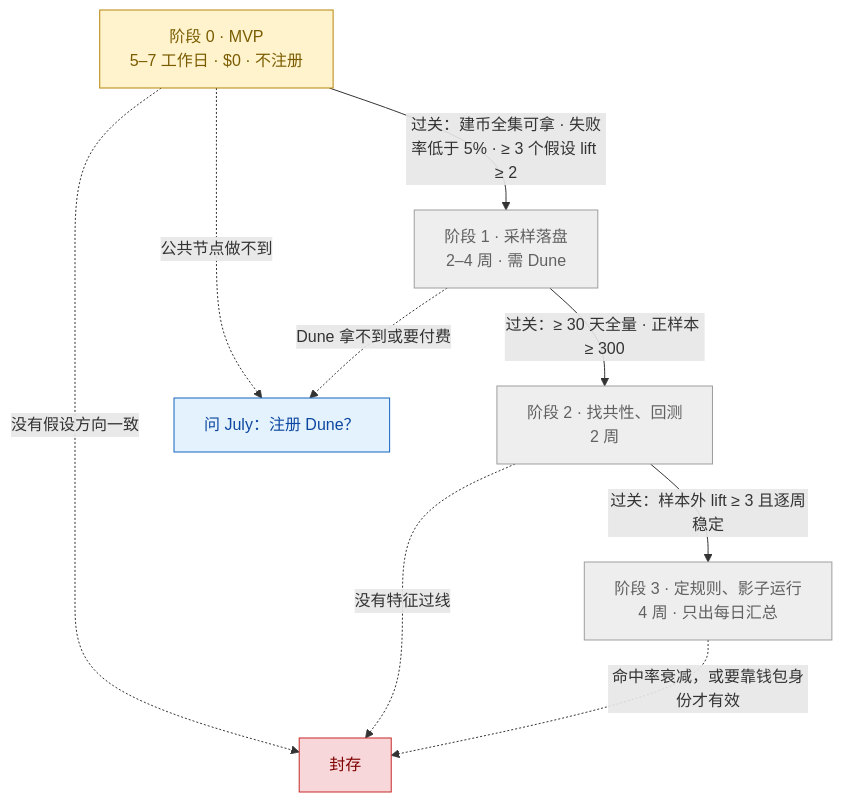
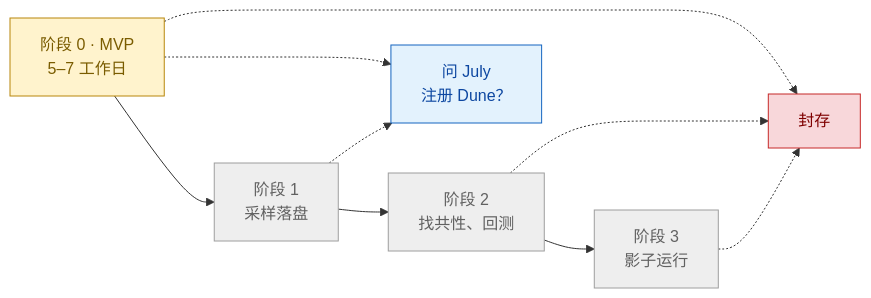
Before and after one commit to JulyWA/lp-monitor-3.0-snapshot: the first of 4 diagrams in docs/meme/TASK-meme-token-watch-stage0-draft.md, drawn with Mermaid. The commit also changed other lines of this file, not shown here.

First line of the commit message:
docs(meme)：图解改紧凑，避免 GitHub 上被折行和裁切

````diff
--- a/docs/meme/TASK-meme-token-watch-stage0-draft.md
+++ b/docs/meme/TASK-meme-token-watch-stage0-draft.md
@@ -24,21 +24,13 @@
 ```mermaid
-flowchart TB
-  S0["阶段 0 · MVP<br/>5–7 工作日 · $0 · 不注册"]:::doing
-  S1["阶段 1 · 采样落盘<br/>2–4 周 · 需 Dune"]:::todo
-  S2["阶段 2 · 找共性、回测<br/>2 周"]:::todo
-  S3["阶段 3 · 定规则、影子运行<br/>4 周 · 只出每日汇总"]:::todo
-  X["封存"]:::stop
-  Q["问 July：注册 Dune？"]:::ask
-  S0 -->|"过关：建币全集可拿 · 失败率低于 5% · ≥ 3 个假设 lift ≥ 2"| S1
-  S0 -.->|"公共节点做不到"| Q
-  S0 -.->|"没有假设方向一致"| X
-  S1 -->|"过关：≥ 30 天全量 · 正样本 ≥ 300"| S2
-  S1 -.->|"Dune 拿不到或要付费"| Q
-  S2 -->|"过关：样本外 lift ≥ 3 且逐周稳定"| S3
-  S2 -.->|"没有特征过线"| X
-  S3 -.->|"命中率衰减，或要靠钱包身份才有效"| X
+flowchart LR
+  S0["阶段 0 · MVP<br/>5–7 工作日"]:::doing --> S1["阶段 1<br/>采样落盘"]:::todo --> S2["阶段 2<br/>找共性、回测"]:::todo --> S3["阶段 3<br/>影子运行"]:::todo
+  S0 -.-> Q["问 July<br/>注册 Dune？"]:::ask
+  S1 -.-> Q
+  S0 -.-> X["封存"]:::stop
+  S2 -.-> X
+  S3 -.-> X
   classDef doing fill:#fff3cd,stroke:#b8860b,color:#7a5c00
   classDef todo fill:#eeeeee,stroke:#9e9e9e,color:#616161
   classDef stop fill:#f8d7da,stroke:#c62828,color:#7f0000
   classDef ask fill:#e3f2fd,stroke:#1565c0,color:#0d47a1
 ```
````
